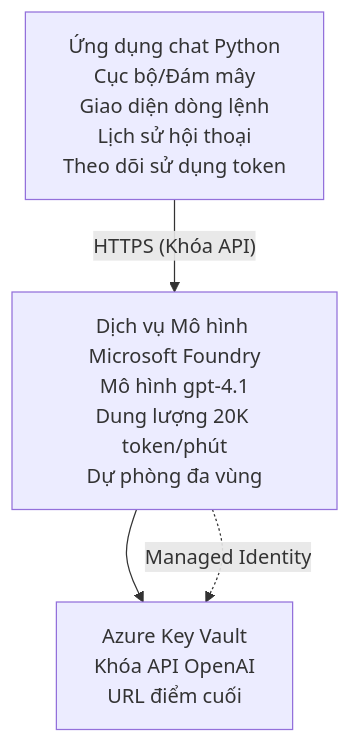
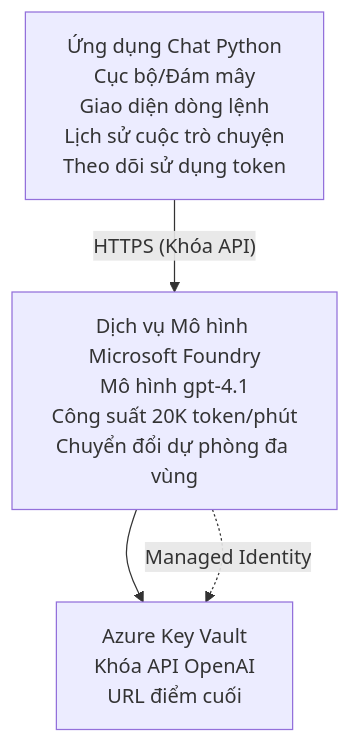
Before and after one commit to microsoft/AZD-for-beginners: the diagram in translations/vi/examples/azure-openai-chat/README.md, drawn with Mermaid. The commit also changed other lines of this file and 104 other files, not shown here.

````diff
--- a/translations/vi/examples/azure-openai-chat/README.md
+++ b/translations/vi/examples/azure-openai-chat/README.md
@@ -26,6 +26,6 @@
 ```mermaid
 graph TD
-    App[Ứng dụng chat Python<br/>Cục bộ/Đám mây<br/>Giao diện dòng lệnh<br/>Lịch sử hội thoại<br/>Theo dõi sử dụng token] -- "HTTPS (Khóa API)" --> Foundry[Dịch vụ Mô hình Microsoft Foundry<br/>Mô hình gpt-4.1<br/>Dung lượng 20K token/phút<br/>Dự phòng đa vùng]
+    App[Ứng dụng Chat Python<br/>Cục bộ/Đám mây<br/>Giao diện dòng lệnh<br/>Lịch sử cuộc trò chuyện<br/>Theo dõi sử dụng token] -- "HTTPS (Khóa API)" --> Foundry[Dịch vụ Mô hình Microsoft Foundry<br/>Mô hình gpt-4.1<br/>Công suất 20K token/phút<br/>Chuyển đổi dự phòng đa vùng]
     Foundry --> KV[Azure Key Vault<br/>Khóa API OpenAI<br/>URL điểm cuối]
     Foundry -. Managed Identity .-> KV
 ```
````
